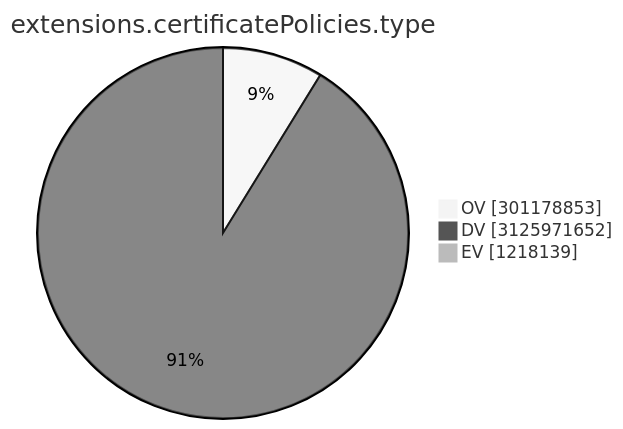
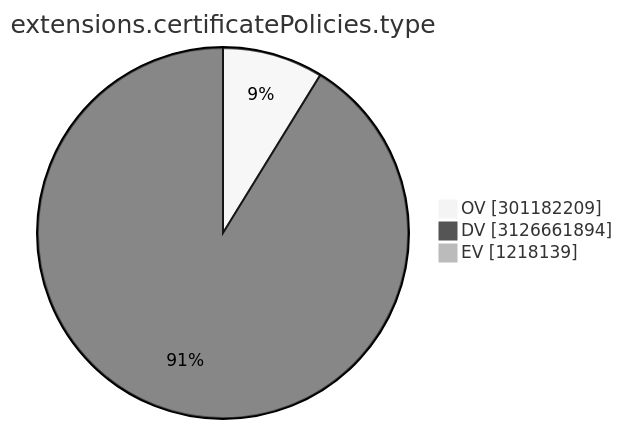
Before and after one commit to christiankrug/ctmonitor_visualization: the ninth of 15 diagrams in TOTAL/README.md, drawn with Mermaid (neutral theme). The commit also changed other lines of this file, not shown here.

````diff
--- a/TOTAL/README.md
+++ b/TOTAL/README.md
@@ -3104,7 +3104,7 @@
 ```mermaid
 pie showData
 title extensions.certificatePolicies.type
-"OV" :301178853
-"DV" :3125971652
+"OV" :301182209
+"DV" :3126661894
 "EV" :1218139
 ```
````
